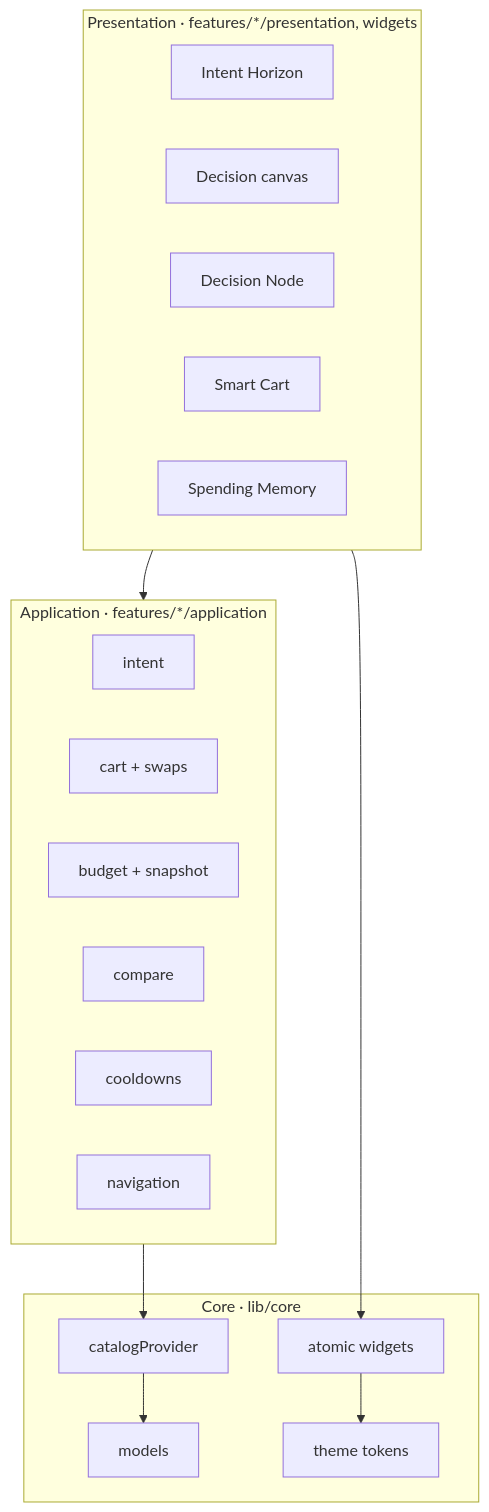
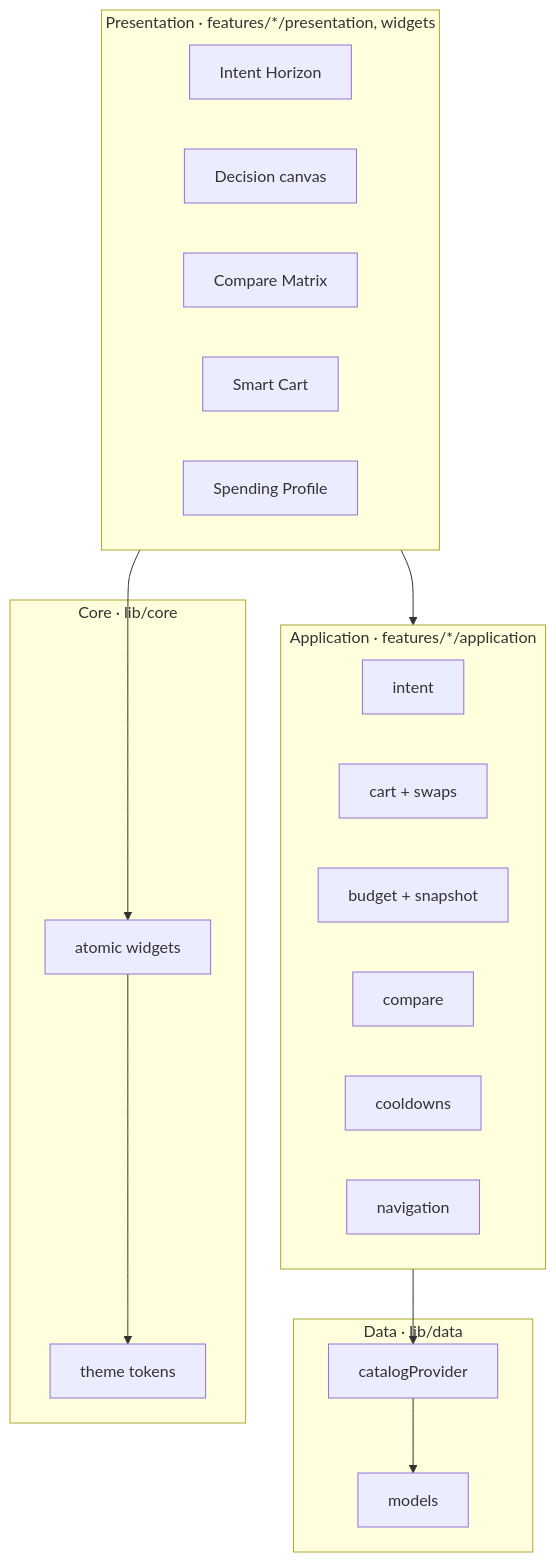
The first of 4 diagrams in docs/ARCHITECTURE.md (KrishKamra/Clarion), drawn with Mermaid before and after one commit. The commit also changed other lines of this file and 65 other files, not shown here.

````diff
--- a/docs/ARCHITECTURE.md
+++ b/docs/ARCHITECTURE.md
@@ -10,29 +10,31 @@
 ```mermaid
 flowchart TB
   subgraph Presentation["Presentation · features/*/presentation, widgets"]
     H["Intent Horizon"]
     DC["Decision canvas"]
-    DN["Decision Node"]
+    CM["Compare Matrix"]
     SC["Smart Cart"]
-    SM["Spending Memory"]
+    SP["Spending Profile"]
   end
   subgraph Application["Application · features/*/application"]
     IC["intent"]
     CC["cart + swaps"]
     BC["budget + snapshot"]
     CO["compare"]
     CD["cooldowns"]
     NV["navigation"]
   end
+  subgraph Data["Data · lib/data"]
+    CATP["catalogProvider"]
+    MOD["models"]
+  end
   subgraph Core["Core · lib/core"]
-    CAT["catalogProvider"]
-    MOD["models"]
     TH["theme tokens"]
     WG["atomic widgets"]
   end
   Presentation --> Application
   Presentation --> WG
   WG --> TH
-  Application --> CAT
-  CAT --> MOD
+  Application --> CATP
+  CATP --> MOD
 ```
````
